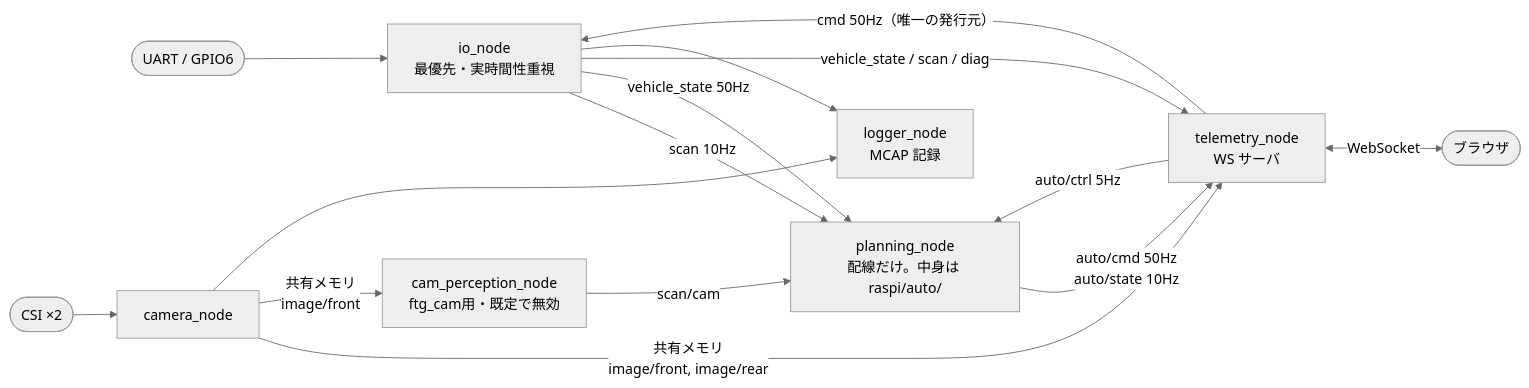
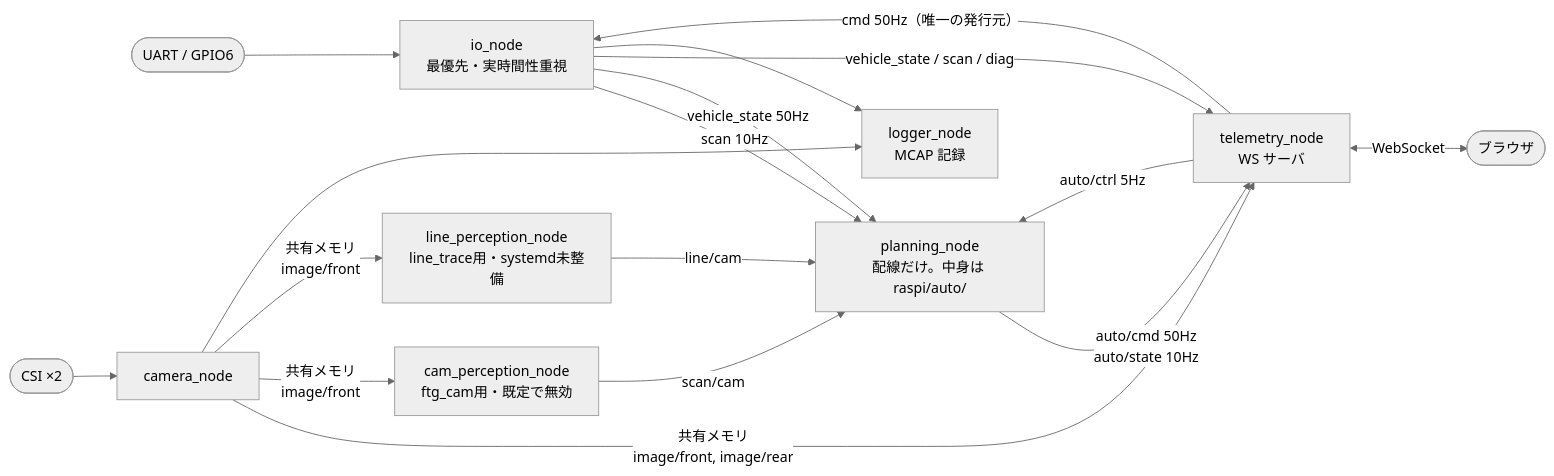
The third of 4 diagrams in surge_mk2/docs/system_overview.md (banbatakumi/AutonomousCar_RasPi), drawn with Mermaid (neutral theme) before and after one commit. The commit also changed other lines of this file and 18 other files, not shown here.

````diff
--- a/surge_mk2/docs/system_overview.md
+++ b/surge_mk2/docs/system_overview.md
@@ -279,25 +279,28 @@
 ```mermaid
 flowchart LR
     UART(["UART / GPIO6"]) --> IO
     CSI(["CSI ×2"]) --> CAM
 
     IO["io_node<br/>最優先・実時間性重視"]
     CAM["camera_node"]
     CAMPERC["cam_perception_node<br/>ftg_cam用・既定で無効"]
+    LINEPERC["line_perception_node<br/>line_trace用・systemd未整備"]
     PLAN["planning_node<br/>配線だけ。中身は raspi/auto/"]
     TELE["telemetry_node<br/>WS サーバ"]
     LOG["logger_node<br/>MCAP 記録"]
 
     IO -->|"scan 10Hz"| PLAN
     IO -->|"vehicle_state 50Hz"| PLAN
     IO -->|"vehicle_state / scan / diag"| TELE
     IO --> LOG
     CAM -->|"共有メモリ<br/>image/front, image/rear"| TELE
     CAM -->|"共有メモリ<br/>image/front"| CAMPERC
+    CAM -->|"共有メモリ<br/>image/front"| LINEPERC
     CAM --> LOG
     CAMPERC -->|"scan/cam"| PLAN
+    LINEPERC -->|"line/cam"| PLAN
     PLAN -->|"auto/cmd 50Hz<br/>auto/state 10Hz"| TELE
     TELE -->|"cmd 50Hz（唯一の発行元）"| IO
     TELE -->|"auto/ctrl 5Hz"| PLAN
     TELE <-->|"WebSocket"| BROWSER(["ブラウザ"])
 ```
````
